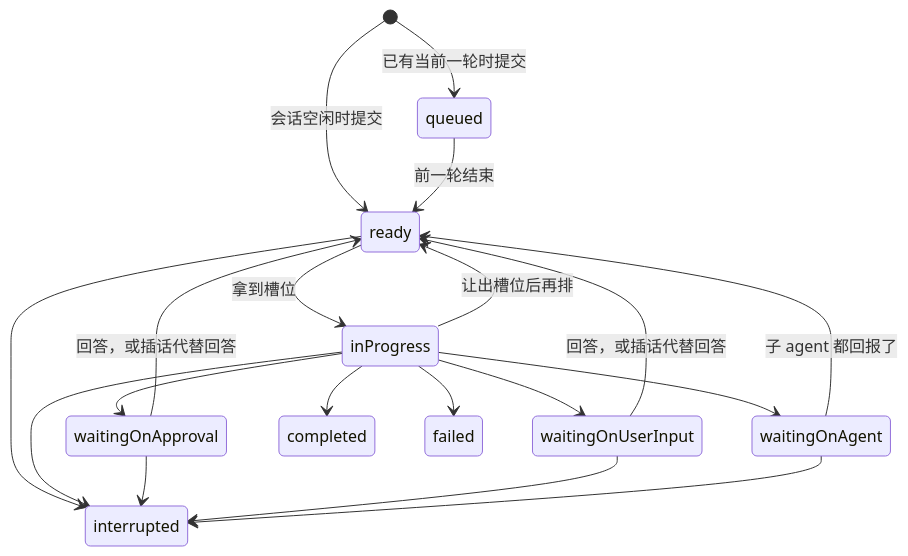
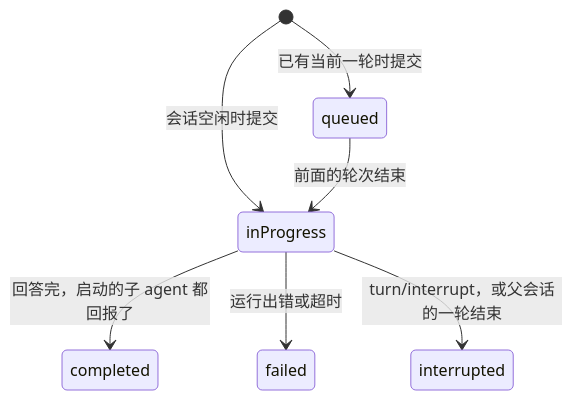
Before and after one commit to 0xfakeSpike/ollupi-docs: the first of 3 diagrams in docs/zh/integrate/protocol/turns.md, drawn with Mermaid. The commit also changed other lines of this file and 86 other files, not shown here.

````diff
--- a/docs/zh/integrate/protocol/turns.md
+++ b/docs/zh/integrate/protocol/turns.md
@@ -25,21 +23,9 @@
 ```mermaid
 stateDiagram-v2
+  [*] --> inProgress: 会话空闲时提交
   [*] --> queued: 已有当前一轮时提交
-  [*] --> ready: 会话空闲时提交
-  queued --> ready: 前一轮结束
-  ready --> inProgress: 拿到槽位
-  inProgress --> waitingOnApproval
-  inProgress --> waitingOnUserInput
-  inProgress --> waitingOnAgent
-  waitingOnApproval --> ready: 回答，或插话代替回答
-  waitingOnUserInput --> ready: 回答，或插话代替回答
-  waitingOnAgent --> ready: 子 agent 都回报了
-  inProgress --> ready: 让出槽位后再排
-  inProgress --> completed
-  inProgress --> failed
-  ready --> interrupted
-  inProgress --> interrupted
-  waitingOnApproval --> interrupted
-  waitingOnUserInput --> interrupted
-  waitingOnAgent --> interrupted
+  queued --> inProgress: 前面的轮次结束
+  inProgress --> completed: 回答完，启动的子 agent 都回报了
+  inProgress --> failed: 运行出错或超时
+  inProgress --> interrupted: turn/interrupt，或父会话的一轮结束
 ```
````
